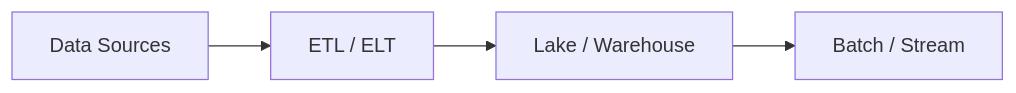
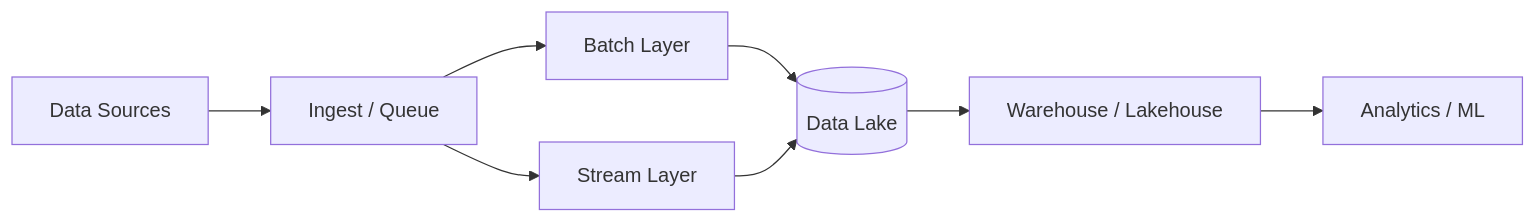
Before and after one commit to hareramcse/SystemDesign: the first of 3 diagrams in 15-big-data/README.md, drawn with Mermaid. The commit also changed other lines of this file and 15 other files, not shown here.

````diff
--- a/15-big-data/README.md
+++ b/15-big-data/README.md
@@ -11,6 +24,10 @@
 ```mermaid
 flowchart LR
-    Source[Data Sources] --> Pipeline[ETL / ELT]
-    Pipeline --> Lake[Lake / Warehouse]
-    Lake --> Analytics[Batch / Stream]
+    Sources[Data Sources] --> Ingest[Ingest / Queue]
+    Ingest --> Batch[Batch Layer]
+    Ingest --> Stream[Stream Layer]
+    Batch --> Lake[(Data Lake)]
+    Stream --> Lake
+    Lake --> WH[Warehouse / Lakehouse]
+    WH --> BI[Analytics / ML]
 ```
````
